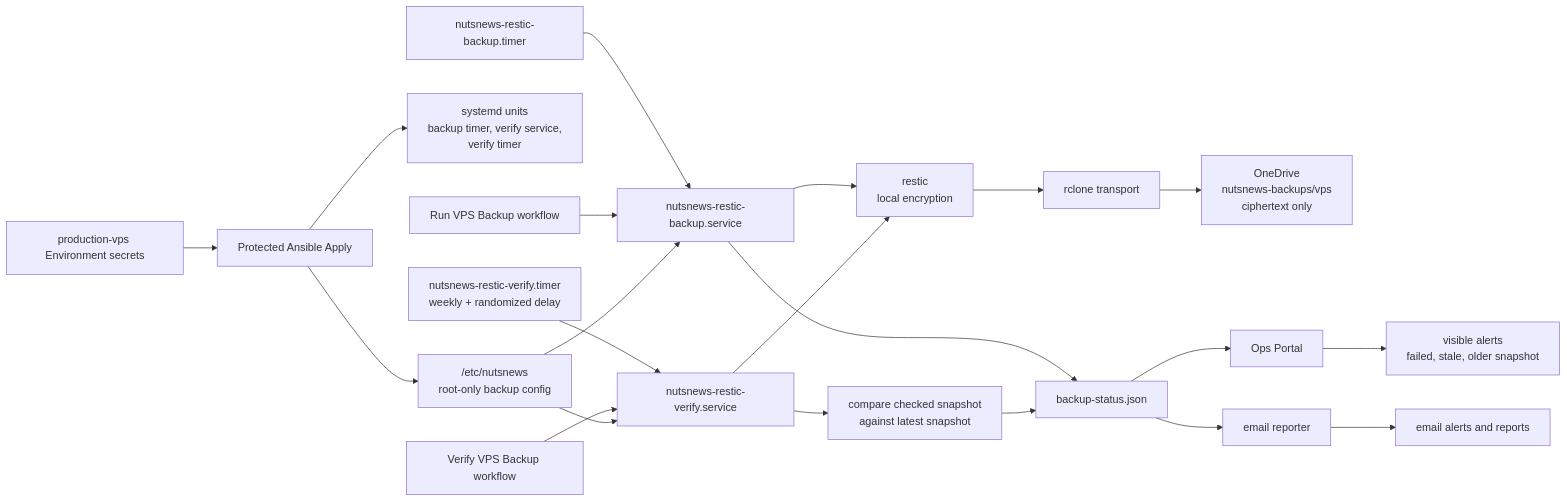
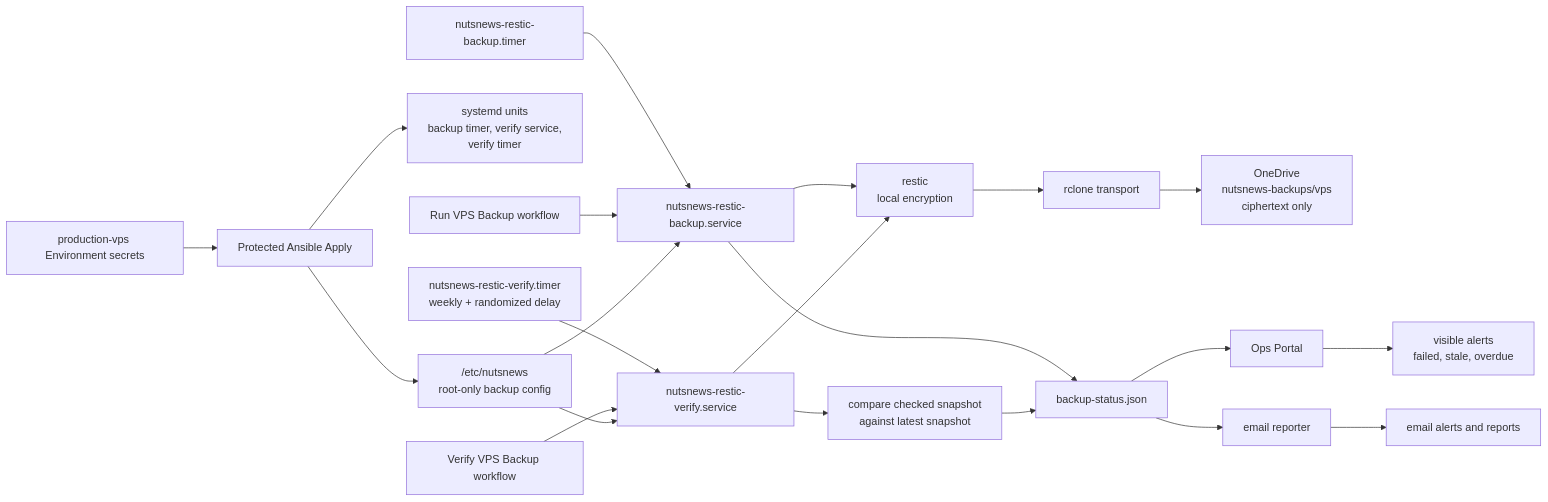
The diagram in NUTSNEWS_VPS_BACKUPS.md (ramideltoro/nutsnews-docs), drawn with Mermaid before and after one commit. The commit also changed other lines of this file and 3 other files, not shown here.

````diff
--- a/NUTSNEWS_VPS_BACKUPS.md
+++ b/NUTSNEWS_VPS_BACKUPS.md
@@ -98,23 +98,23 @@
 ```mermaid
 flowchart LR
   env["production-vps Environment secrets"] --> apply["Protected Ansible Apply"]
   apply --> rootConfig["/etc/nutsnews\nroot-only backup config"]
   apply --> units["systemd units\nbackup timer, verify service,\nverify timer"]
   timer["nutsnews-restic-backup.timer"] --> service["nutsnews-restic-backup.service"]
   verifyTimer["nutsnews-restic-verify.timer\nweekly + randomized delay"] --> verify["nutsnews-restic-verify.service"]
   manualRun["Run VPS Backup workflow"] --> service
   manualVerify["Verify VPS Backup workflow"] --> verify
   rootConfig --> service
   rootConfig --> verify
   service --> restic["restic\nlocal encryption"]
   verify --> restic
   restic --> rclone["rclone transport"]
   rclone --> onedrive["OneDrive\nnutsnews-backups/vps\nciphertext only"]
   service --> status["backup-status.json"]
   verify --> compare["compare checked snapshot\nagainst latest snapshot"]
   compare --> status
   status --> portal["Ops Portal"]
   status --> reporter["email reporter"]
-  portal --> alerts["visible alerts\nfailed, stale, older snapshot"]
+  portal --> alerts["visible alerts\nfailed, stale, overdue"]
   reporter --> email["email alerts and reports"]
 ```
````
